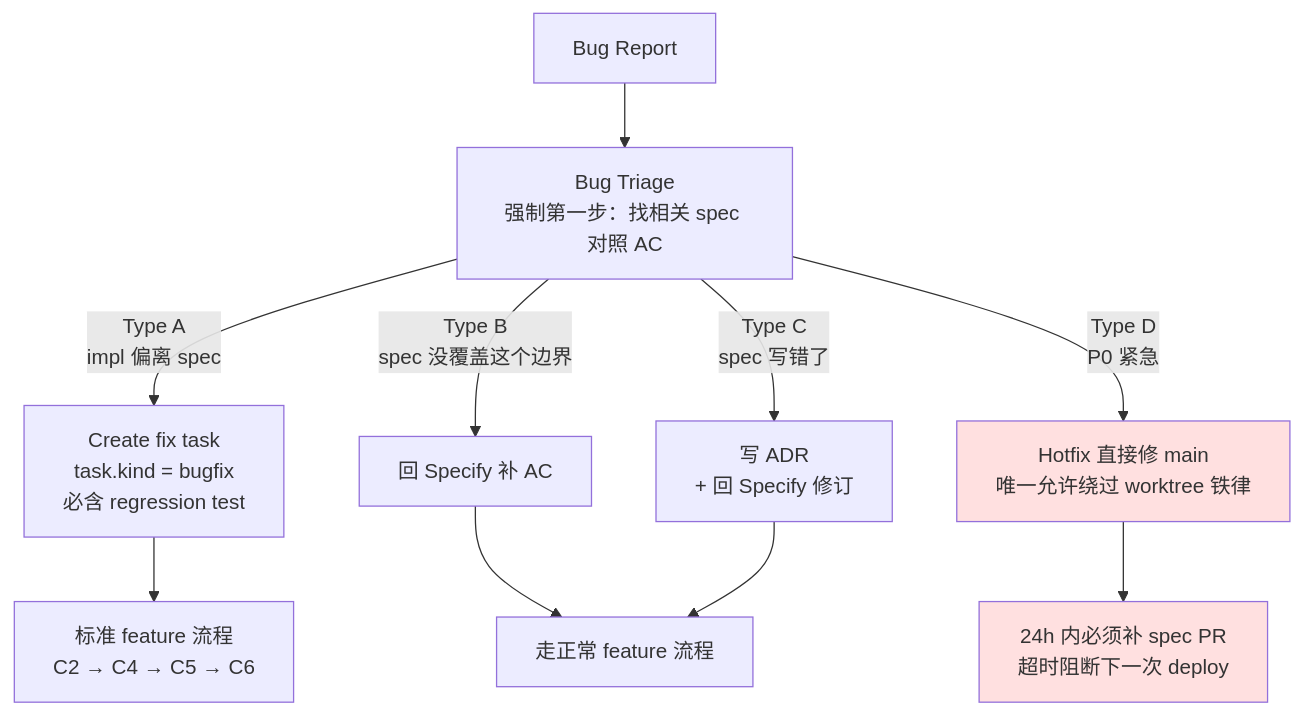
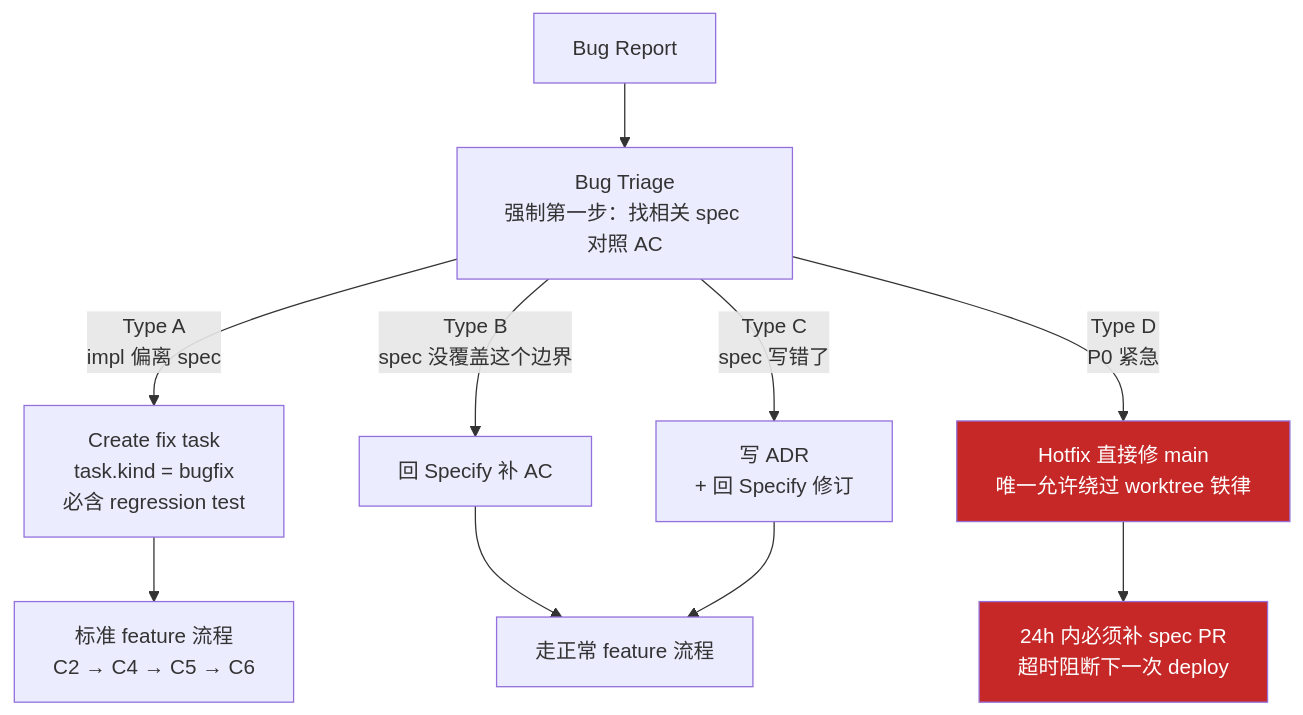
One commit to chinaszzt/suiyin-v4 changed the fourth of 11 diagrams in docs/sdd/diagrams.md. Above: the diagram before and after it, drawn with Mermaid. The commit also changed other lines of this file, not shown here.

First line of the commit message:
docs: diagrams.md 颜色改为高对比深色 + 白字

````diff
--- a/docs/sdd/diagrams.md
+++ b/docs/sdd/diagrams.md
@@ -118,15 +118,15 @@
 ```mermaid
 flowchart TD
     A[Bug Report] --> B[Bug Triage<br/>强制第一步：找相关 spec 对照 AC]
     B -->|Type A<br/>impl 偏离 spec| C[Create fix task<br/>task.kind = bugfix<br/>必含 regression test]
     C --> D[标准 feature 流程<br/>C2 → C4 → C5 → C6]
     B -->|Type B<br/>spec 没覆盖这个边界| E[回 Specify 补 AC]
     E --> F[走正常 feature 流程]
     B -->|Type C<br/>spec 写错了| G[写 ADR<br/>+ 回 Specify 修订]
     G --> F
     B -->|Type D<br/>P0 紧急| H[Hotfix 直接修 main<br/>唯一允许绕过 worktree 铁律]
     H --> I[24h 内必须补 spec PR<br/>超时阻断下一次 deploy]
     
-    style H fill:#ffe0e0
-    style I fill:#ffe0e0
+    style H fill:#C62828,color:#fff
+    style I fill:#C62828,color:#fff
 ```
````
